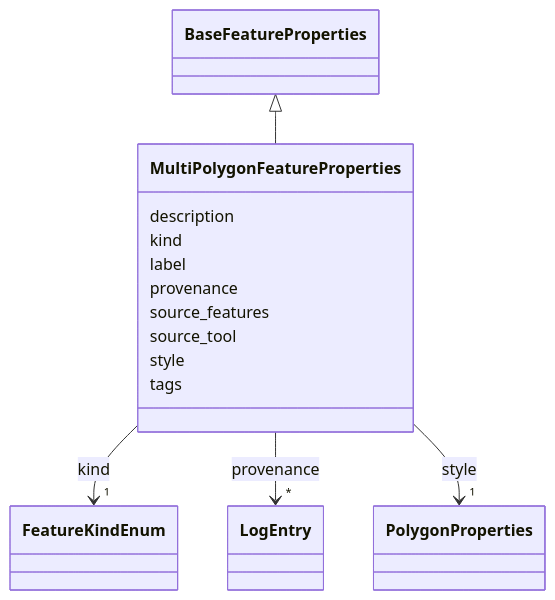
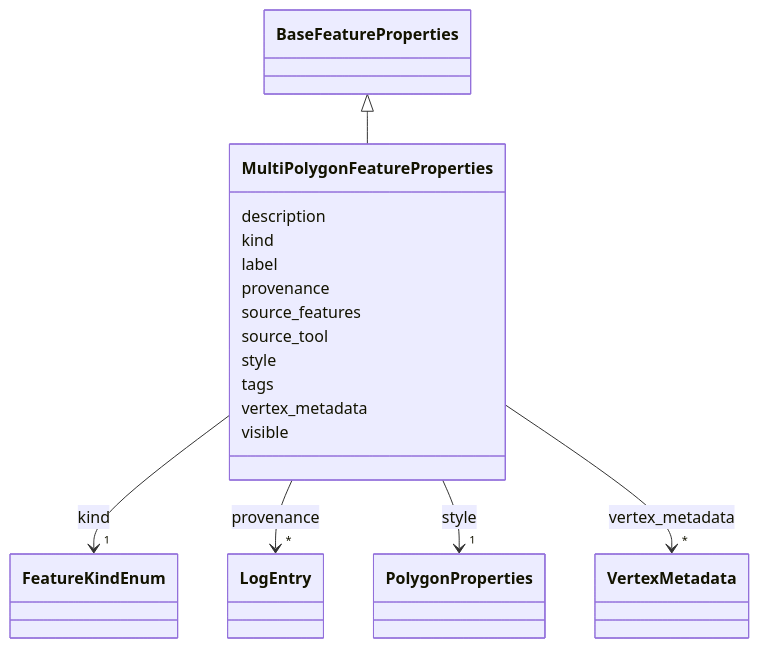
One commit to debrief/debrief-future changed the diagram in schema-docs-md/classes/MultiPolygonFeatureProperties.md. Above: the diagram before and after it, drawn with Mermaid. The commit also changed other lines of this file and 238 other files, not shown here.

````diff
--- a/schema-docs-md/classes/MultiPolygonFeatureProperties.md
+++ b/schema-docs-md/classes/MultiPolygonFeatureProperties.md
@@ -19,52 +19,65 @@
 ```mermaid
  classDiagram
     class MultiPolygonFeatureProperties
     click MultiPolygonFeatureProperties href "../../classes/MultiPolygonFeatureProperties/"
       BaseFeatureProperties <|-- MultiPolygonFeatureProperties
         click BaseFeatureProperties href "../../classes/BaseFeatureProperties/"
       
       MultiPolygonFeatureProperties : description
         
       MultiPolygonFeatureProperties : kind
         
           
     
         
         
         MultiPolygonFeatureProperties --> "1" FeatureKindEnum : kind
         click FeatureKindEnum href "../../enums/FeatureKindEnum/"
     
 
         
       MultiPolygonFeatureProperties : label
         
       MultiPolygonFeatureProperties : provenance
         
           
     
         
         
         MultiPolygonFeatureProperties --> "*" LogEntry : provenance
         click LogEntry href "../../classes/LogEntry/"
     
 
         
       MultiPolygonFeatureProperties : source_features
         
       MultiPolygonFeatureProperties : source_tool
         
       MultiPolygonFeatureProperties : style
         
           
     
         
         
         MultiPolygonFeatureProperties --> "1" PolygonProperties : style
         click PolygonProperties href "../../classes/PolygonProperties/"
     
 
         
       MultiPolygonFeatureProperties : tags
         
+      MultiPolygonFeatureProperties : vertex_metadata
+        
+          
+    
+        
+        
+        MultiPolygonFeatureProperties --> "*" VertexMetadata : vertex_metadata
+        click VertexMetadata href "../../classes/VertexMetadata/"
+    
+
+        
+      MultiPolygonFeatureProperties : visible
+        
       
 ```
````
